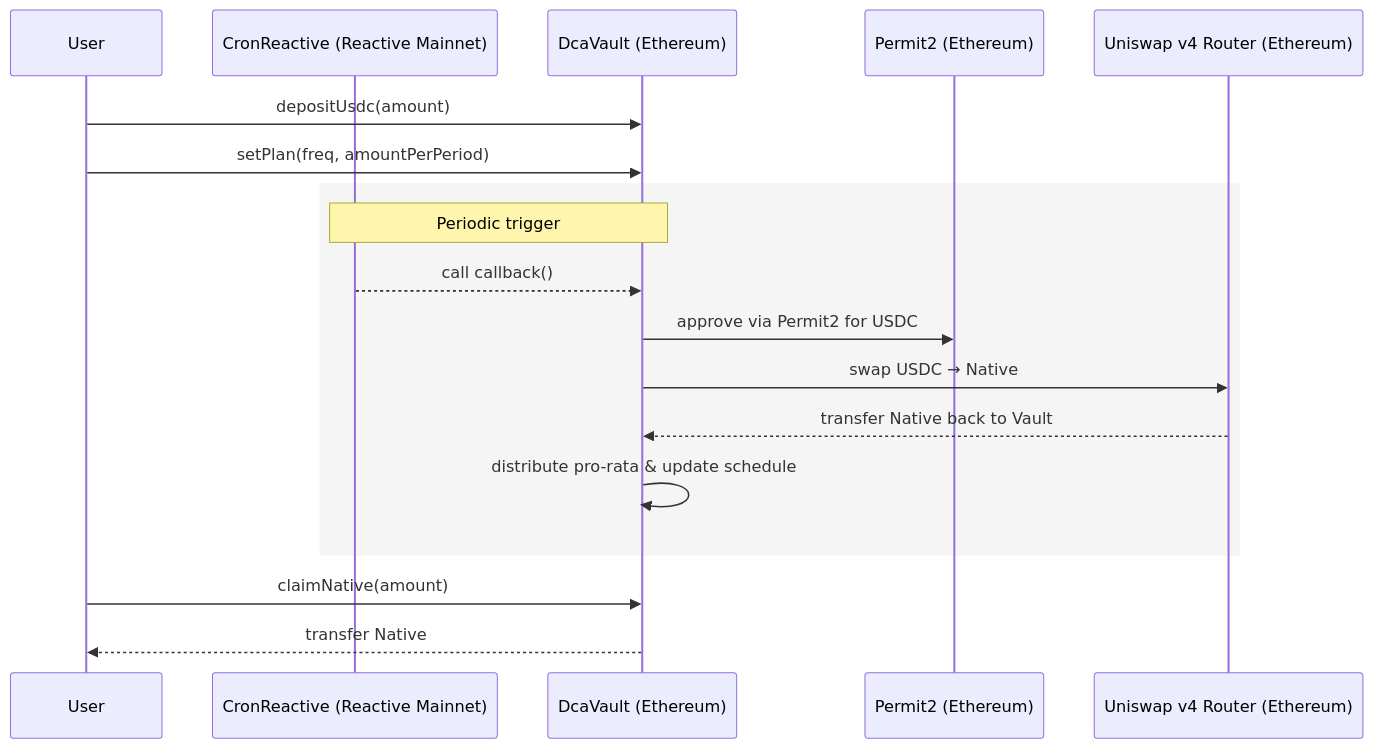
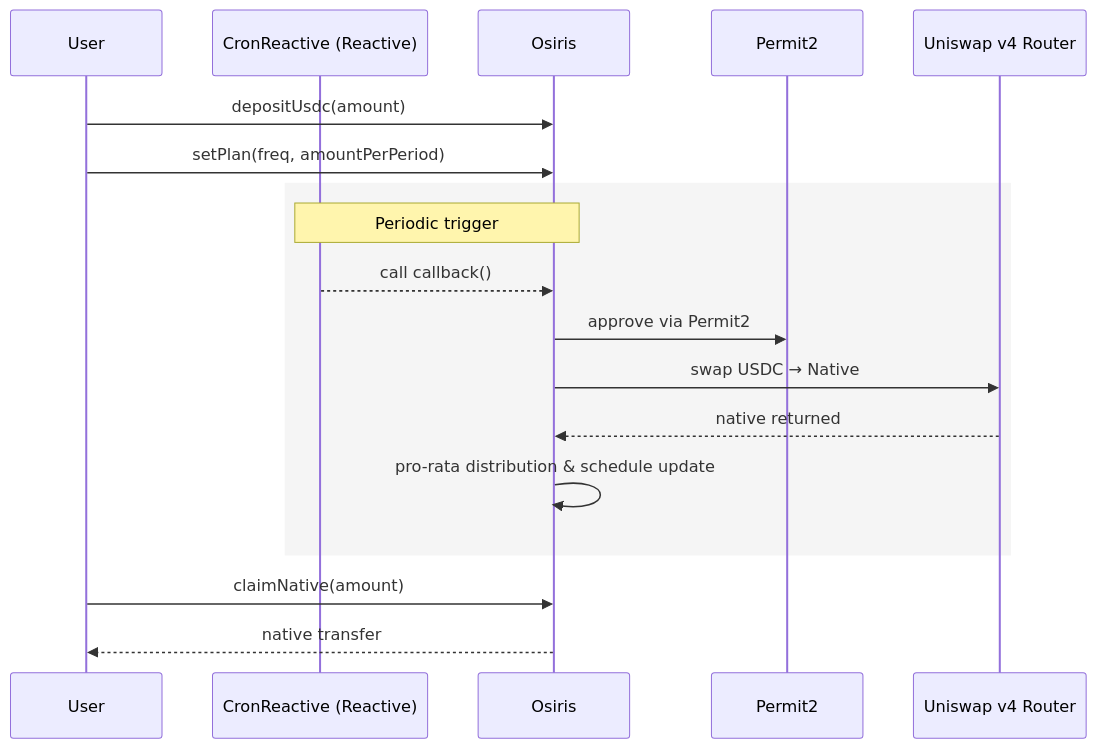
The second of 2 diagrams in README.md (Le-Caignec/Osiris), drawn with Mermaid before and after one commit. The commit also changed other lines of this file and 5 other files, not shown here.

````diff
--- a/README.md
+++ b/README.md
@@ -120,23 +113,23 @@
 ```mermaid
 sequenceDiagram
     participant U as User
-    participant CR as CronReactive (Reactive Mainnet)
-    participant V as DcaVault (Ethereum)
-    participant P2 as Permit2 (Ethereum)
-    participant U4 as Uniswap v4 Router (Ethereum)
+    participant CR as CronReactive (Reactive)
+    participant V as Osiris
+    participant P2 as Permit2
+    participant U4 as Uniswap v4 Router
 
     U->>V: depositUsdc(amount)
     U->>V: setPlan(freq, amountPerPeriod)
 
     rect rgb(245,245,245)
     Note over CR,V: Periodic trigger
     CR-->>V: call callback()
-    V->>P2: approve via Permit2 for USDC
+    V->>P2: approve via Permit2
     V->>U4: swap USDC → Native
-    U4-->>V: transfer Native back to Vault
-    V->>V: distribute pro-rata & update schedule
+    U4-->>V: native returned
+    V->>V: pro-rata distribution & schedule update
     end
 
     U->>V: claimNative(amount)
-    V-->>U: transfer Native
+    V-->>U: native transfer
 ```
````
